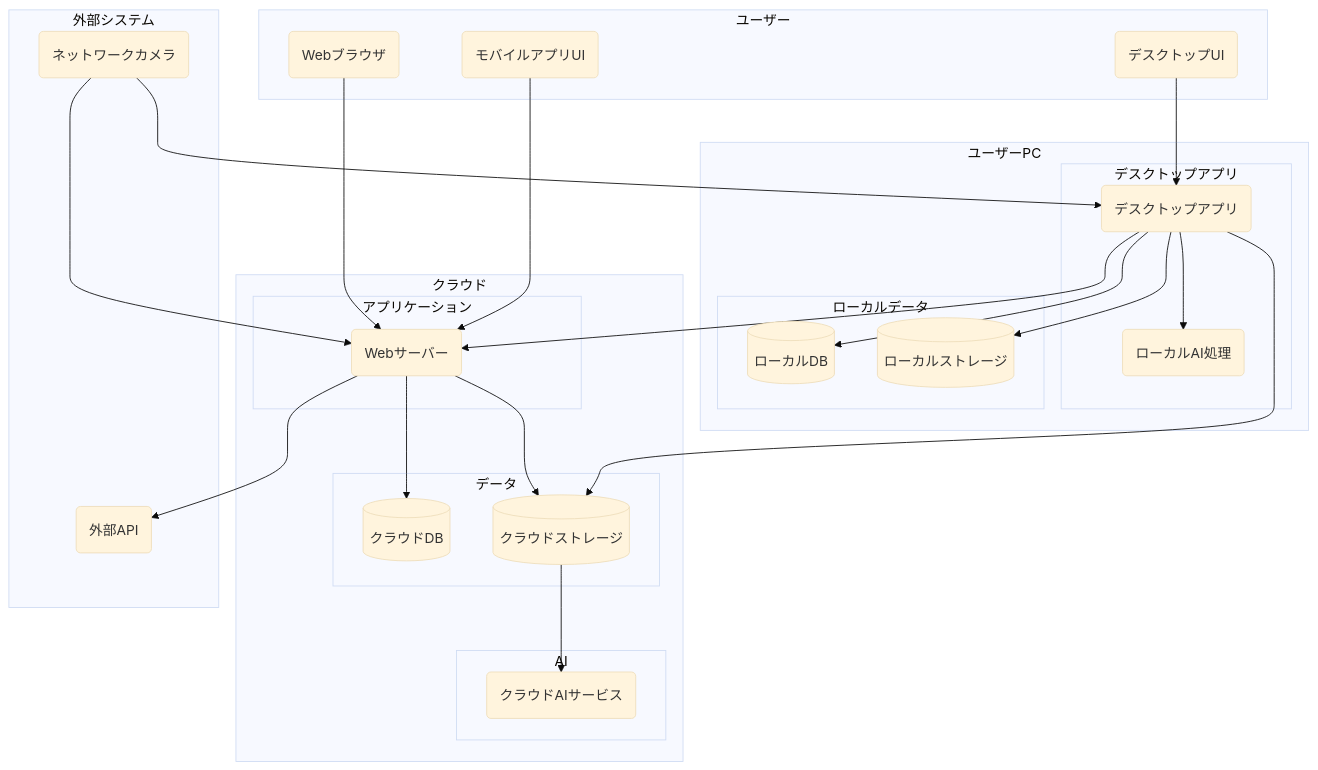
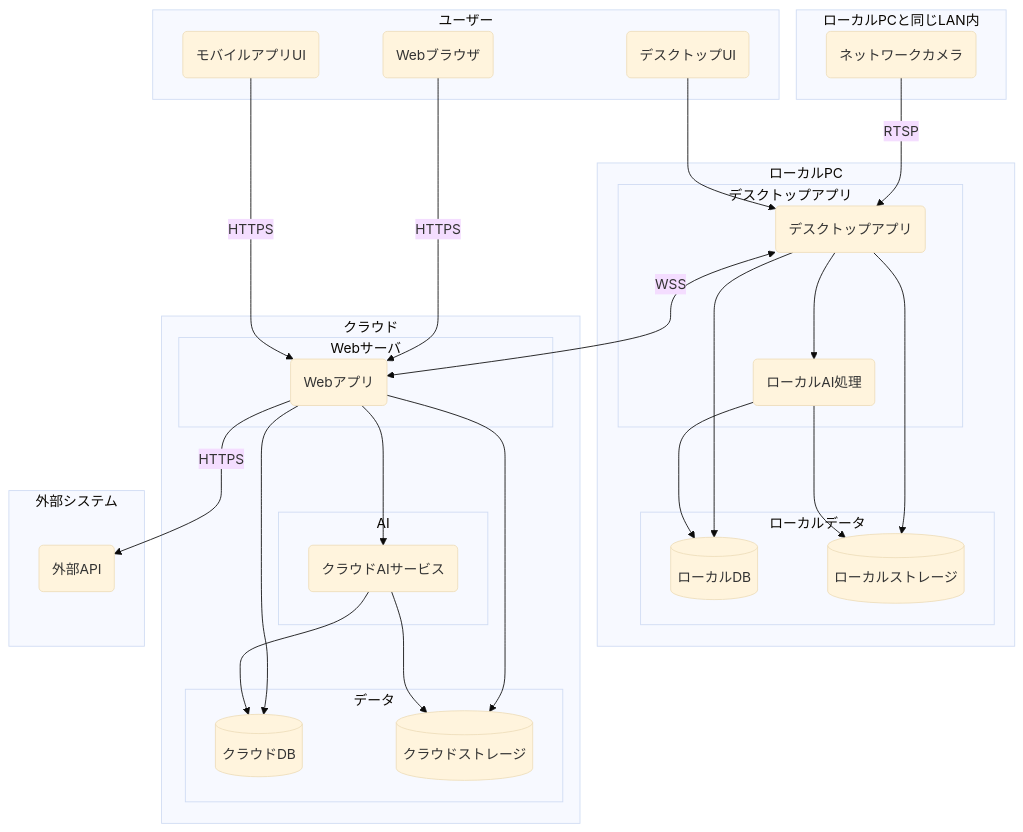
The second of 2 diagrams in docs/0020_theme/0030_動画管理ソフト/0010_要件定義書/0010_動画管理ソフト.md (daichiTAAA/raspi5), drawn with Mermaid (base theme) before and after one commit. The commit also changed 1 other file, not shown here.

Commit message:
動画送受信クラウドAPIの件の要件定義書と基本設計書を修正した #18

````diff
--- a/docs/0020_theme/0030_動画管理ソフト/0010_要件定義書/0010_動画管理ソフト.md
+++ b/docs/0020_theme/0030_動画管理ソフト/0010_要件定義書/0010_動画管理ソフト.md
@@ -374,55 +374,64 @@
 ```mermaid
 graph TD
+    subgraph ローカルPCと同じLAN内
+        Camera(ネットワークカメラ)
+    end
+
     subgraph ユーザー
         DesktopUI(デスクトップUI)
         Browser(Webブラウザ)
         MobileAppUI(モバイルアプリUI)
     end
     
+    subgraph ローカルPC
+        subgraph デスクトップアプリ
+            DesktopApp(デスクトップアプリ)
+            LocalAI(ローカルAI処理)
+        end
+        
+        subgraph ローカルデータ  
+            LocalDB[(ローカルDB)]
+            LocalStorage[(ローカルストレージ)]
+        end
+    end
+
     subgraph クラウド
-        subgraph アプリケーション
-            WebServer(Webサーバー)
+        subgraph Webサーバ
+            WebApp(Webアプリ)
         end
         
         subgraph データ
             CloudDB[(クラウドDB)]
             CloudStorage[(クラウドストレージ)]
         end
         
         subgraph AI
             CloudAI(クラウドAIサービス)
         end
     end
-    
-    subgraph ユーザーPC
-        subgraph デスクトップアプリ
-            DesktopApp(デスクトップアプリ)
-            LocalAI(ローカルAI処理)
-        end
-        
-        subgraph ローカルデータ  
-            LocalDB[(ローカルDB)]
-            LocalStorage[(ローカルストレージ)]
-        end
-    end
-    
+
     subgraph 外部システム
-        Camera(ネットワークカメラ)
         ExternalAPI(外部API)
     end
     
-    Camera --> WebServer
-    Browser --> WebServer
-    MobileAppUI --> WebServer
-    DesktopApp --> WebServer
-    Camera --> DesktopApp
+    Camera --RTSP--> DesktopApp
+
+    Browser --HTTPS--> WebApp
+    MobileAppUI --HTTPS--> WebApp
+    DesktopApp <--WSS--> WebApp
+    DesktopUI --> DesktopApp
+
+    DesktopApp --> LocalDB
     DesktopApp --> LocalStorage
-    CloudStorage --> CloudAI
     DesktopApp --> LocalAI
-    WebServer --> CloudDB
-    WebServer --> CloudStorage
-    WebServer --> ExternalAPI
-    DesktopApp --> LocalDB
-    DesktopUI --> DesktopApp
-    DesktopApp --> CloudStorage
+    LocalAI --> LocalDB
+    LocalAI --> LocalStorage
+
+    WebApp --> CloudDB
+    WebApp --> CloudStorage
+    WebApp --> CloudAI
+    CloudAI --> CloudDB
+    CloudAI --> CloudStorage
+    
+    WebApp --HTTPS--> ExternalAPI
 ```
````
